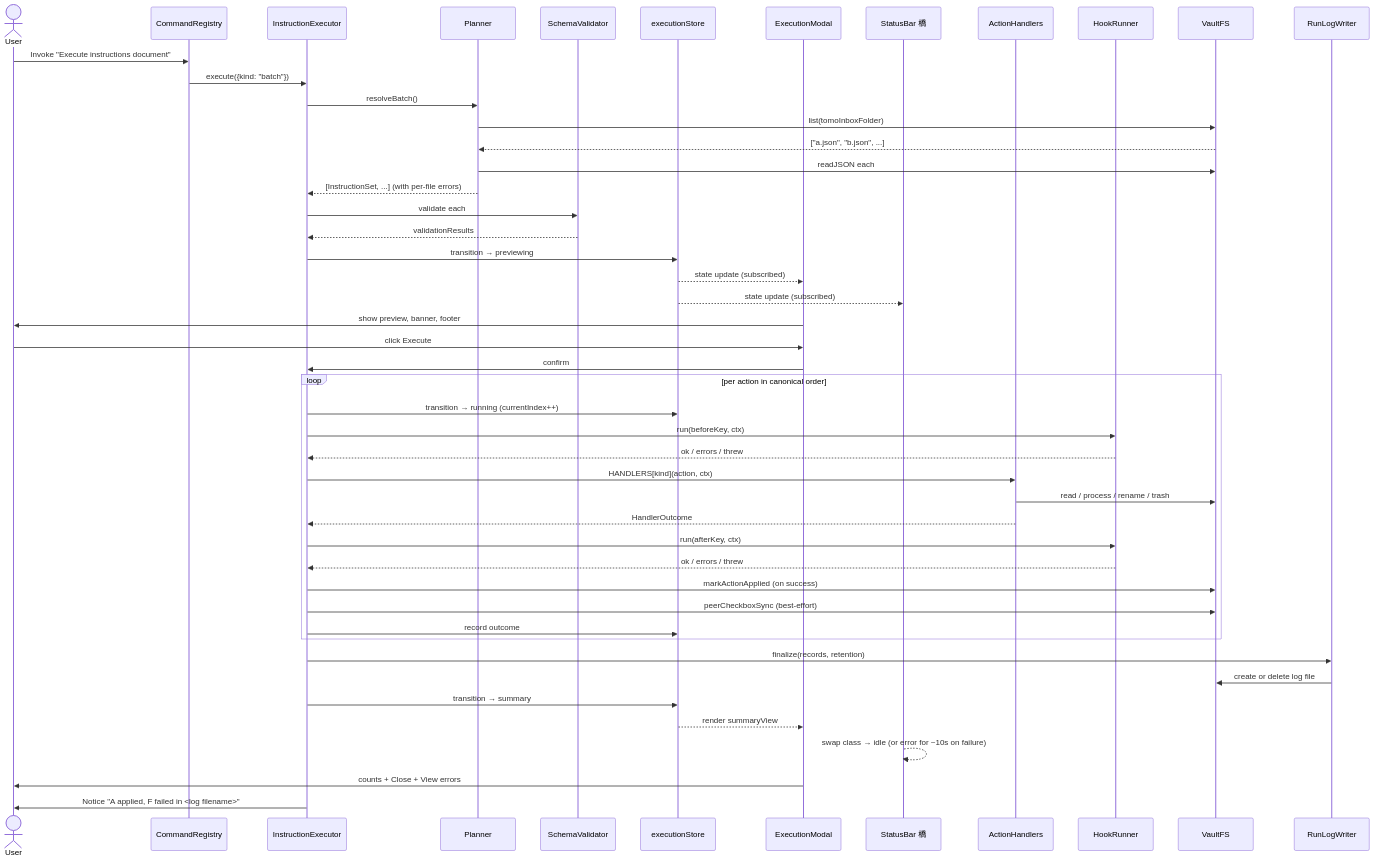
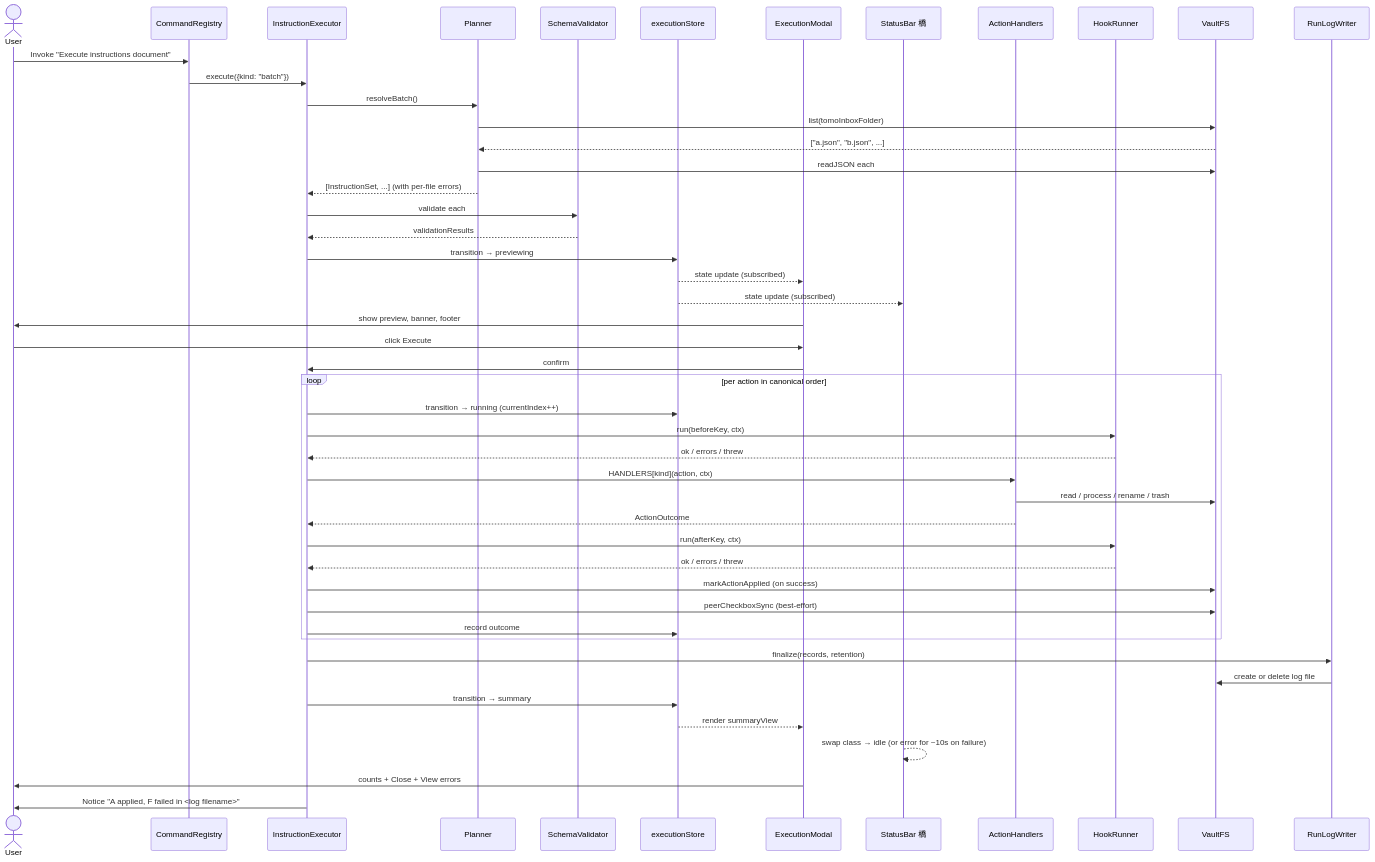
The third of 4 diagrams in docs/XDD/specs/002-instruction-executor/solution.md (MMoMM-org/miyo-tomo-hashi), drawn with Mermaid before and after one commit. The commit also changed other lines of this file and 19 other files, not shown here.

````diff
--- a/docs/XDD/specs/002-instruction-executor/solution.md
+++ b/docs/XDD/specs/002-instruction-executor/solution.md
@@ -896,51 +822,51 @@
 ```mermaid
 sequenceDiagram
     actor User
     participant Cmd as CommandRegistry
     participant Exec as InstructionExecutor
     participant Plan as Planner
     participant Val as SchemaValidator
     participant Store as executionStore
     participant Modal as ExecutionModal
     participant Status as StatusBar 橋
     participant Hand as ActionHandlers
     participant Hook as HookRunner
     participant Vault as VaultFS
     participant Log as RunLogWriter
 
     User->>Cmd: Invoke "Execute instructions document"
     Cmd->>Exec: execute({kind: "batch"})
     Exec->>Plan: resolveBatch()
     Plan->>Vault: list(tomoInboxFolder)
     Vault-->>Plan: ["a.json", "b.json", ...]
     Plan->>Vault: readJSON each
     Plan-->>Exec: [InstructionSet, ...] (with per-file errors)
     Exec->>Val: validate each
     Val-->>Exec: validationResults
     Exec->>Store: transition → previewing
     Store-->>Modal: state update (subscribed)
     Store-->>Status: state update (subscribed)
     Modal->>User: show preview, banner, footer
     User->>Modal: click Execute
     Modal->>Exec: confirm
     loop per action in canonical order
         Exec->>Store: transition → running (currentIndex++)
         Exec->>Hook: run(beforeKey, ctx)
         Hook-->>Exec: ok / errors / threw
         Exec->>Hand: HANDLERS[kind](action, ctx)
         Hand->>Vault: read / process / rename / trash
-        Hand-->>Exec: HandlerOutcome
+        Hand-->>Exec: ActionOutcome
         Exec->>Hook: run(afterKey, ctx)
         Hook-->>Exec: ok / errors / threw
         Exec->>Vault: markActionApplied (on success)
         Exec->>Vault: peerCheckboxSync (best-effort)
         Exec->>Store: record outcome
     end
     Exec->>Log: finalize(records, retention)
     Log->>Vault: create or delete log file
     Exec->>Store: transition → summary
     Store-->>Modal: render summaryView
     Status-->>Status: swap class → idle (or error for ~10s on failure)
     Modal->>User: counts + Close + View errors
     Exec->>User: Notice "A applied, F failed in <log filename>"
 ```
````
